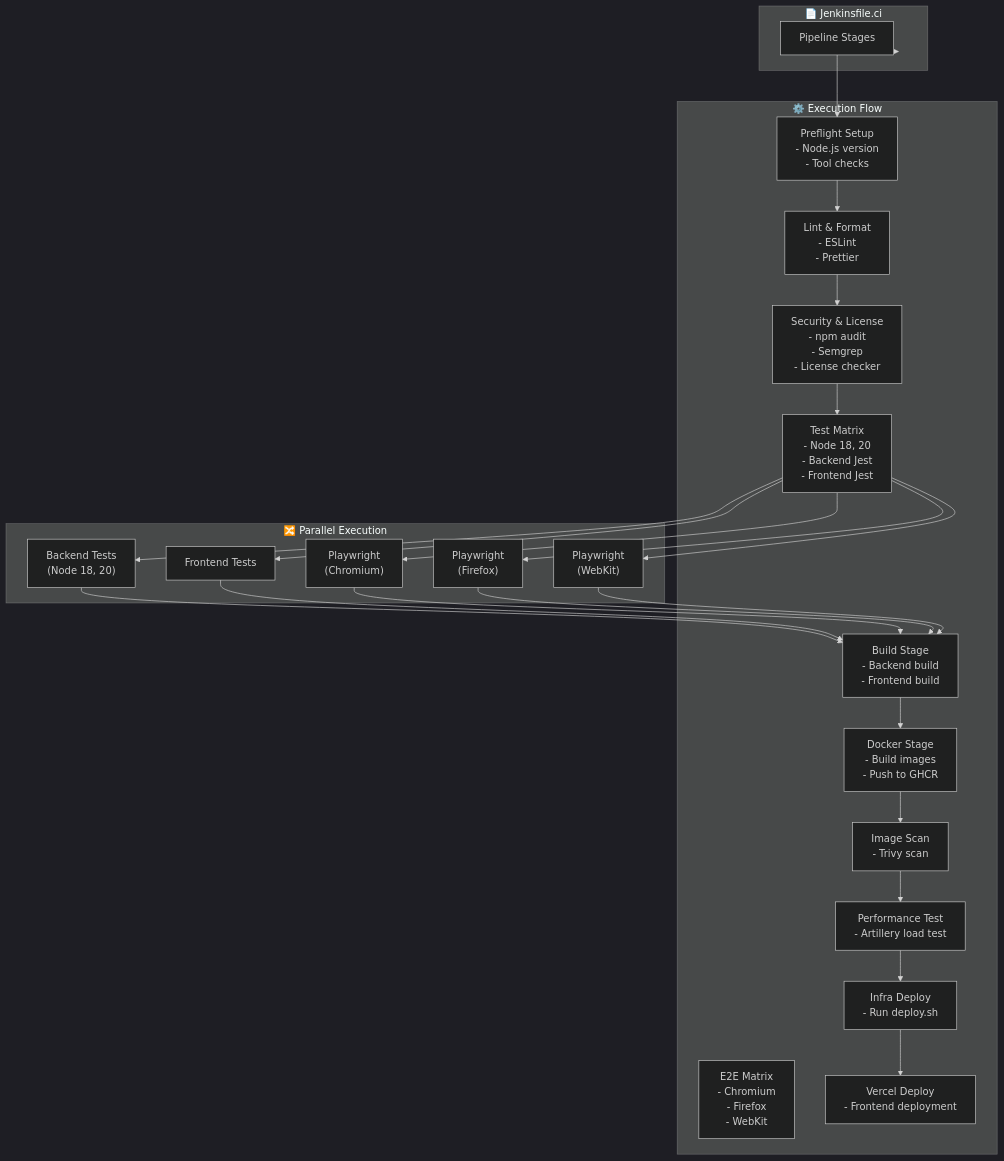
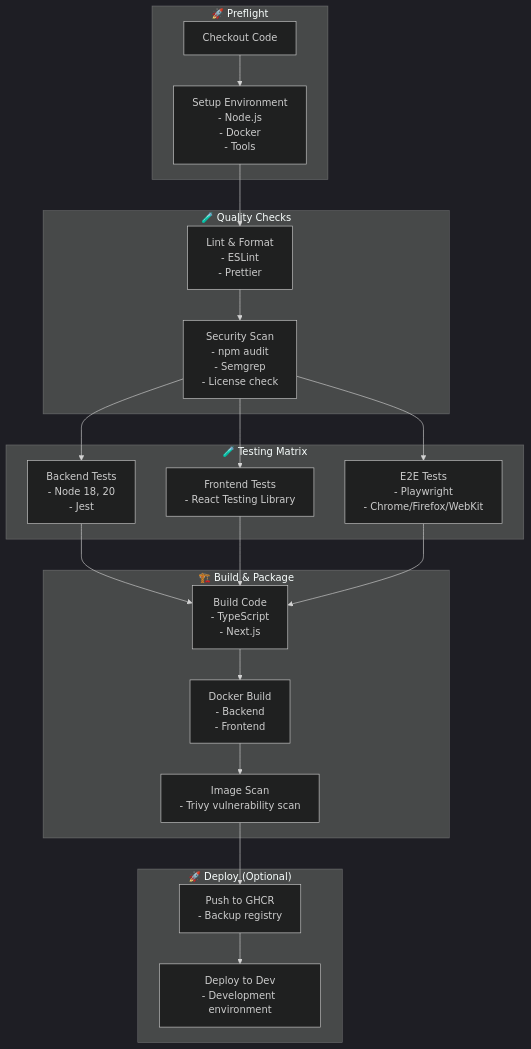
Diagram 30 of 34 in ARCHITECTURE.md (hoangsonww/PetSwipe-Match-App), drawn with Mermaid (dark theme) before and after one commit. The commit also changed other lines of this file and 25 other files, not shown here.

````diff
--- a/ARCHITECTURE.md
+++ b/ARCHITECTURE.md
@@ -1298,52 +1657,45 @@
 ```mermaid
 flowchart TB
-    subgraph Jenkinsfile["📄 Jenkinsfile.ci"]
-        Stages["Pipeline Stages"]
+    subgraph Preflight["🚀 Preflight"]
+        Checkout["Checkout Code"]
+        Setup["Setup Environment<br/>- Node.js<br/>- Docker<br/>- Tools"]
     end
 
-    subgraph Execution["⚙️ Execution Flow"]
-        Preflight["Preflight Setup<br/>- Node.js version<br/>- Tool checks"]
-        LintFormat["Lint & Format<br/>- ESLint<br/>- Prettier"]
-        Security["Security & License<br/>- npm audit<br/>- Semgrep<br/>- License checker"]
-        TestMatrix["Test Matrix<br/>- Node 18, 20<br/>- Backend Jest<br/>- Frontend Jest"]
-        E2EMatrix["E2E Matrix<br/>- Chromium<br/>- Firefox<br/>- WebKit"]
-        BuildStage["Build Stage<br/>- Backend build<br/>- Frontend build"]
-        DockerStage["Docker Stage<br/>- Build images<br/>- Push to GHCR"]
-        ImageScan["Image Scan<br/>- Trivy scan"]
-        PerfTest["Performance Test<br/>- Artillery load test"]
-        InfraDeploy["Infra Deploy<br/>- Run deploy.sh"]
-        VercelDeploy["Vercel Deploy<br/>- Frontend deployment"]
+    subgraph Quality["🧪 Quality Checks"]
+        Lint["Lint & Format<br/>- ESLint<br/>- Prettier"]
+        Security["Security Scan<br/>- npm audit<br/>- Semgrep<br/>- License check"]
     end
 
-    subgraph Parallel["🔀 Parallel Execution"]
-        BackendTest["Backend Tests<br/>(Node 18, 20)"]
-        FrontendTest["Frontend Tests"]
-        E2EChrome["Playwright<br/>(Chromium)"]
-        E2EFirefox["Playwright<br/>(Firefox)"]
-        E2EWebKit["Playwright<br/>(WebKit)"]
+    subgraph Testing["🧪 Testing Matrix"]
+        BackendTest["Backend Tests<br/>- Node 18, 20<br/>- Jest"]
+        FrontendTest["Frontend Tests<br/>- React Testing Library"]
+        E2ETest["E2E Tests<br/>- Playwright<br/>- Chrome/Firefox/WebKit"]
     end
 
-    Jenkinsfile --> Stages
-    Stages --> Preflight
-    Preflight --> LintFormat
-    LintFormat --> Security
-    Security --> TestMatrix
+    subgraph Build["🏗️ Build & Package"]
+        BuildCode["Build Code<br/>- TypeScript<br/>- Next.js"]
+        DockerBuild["Docker Build<br/>- Backend<br/>- Frontend"]
+        ImageScan["Image Scan<br/>- Trivy vulnerability scan"]
+    end
 
-    TestMatrix --> BackendTest
-    TestMatrix --> FrontendTest
-    TestMatrix --> E2EChrome
-    TestMatrix --> E2EFirefox
-    TestMatrix --> E2EWebKit
+    subgraph Deploy["🚀 Deploy (Optional)"]
+        PushGHCR["Push to GHCR<br/>- Backup registry"]
+        DeployDev["Deploy to Dev<br/>- Development environment"]
+    end
 
-    BackendTest --> BuildStage
-    FrontendTest --> BuildStage
-    E2EChrome --> BuildStage
-    E2EFirefox --> BuildStage
-    E2EWebKit --> BuildStage
+    Checkout --> Setup
+    Setup --> Lint
+    Lint --> Security
+    Security --> BackendTest
+    Security --> FrontendTest
+    Security --> E2ETest
 
-    BuildStage --> DockerStage
-    DockerStage --> ImageScan
-    ImageScan --> PerfTest
-    PerfTest --> InfraDeploy
-    InfraDeploy --> VercelDeploy
+    BackendTest --> BuildCode
+    FrontendTest --> BuildCode
+    E2ETest --> BuildCode
+
+    BuildCode --> DockerBuild
+    DockerBuild --> ImageScan
+    ImageScan --> PushGHCR
+    PushGHCR --> DeployDev
 ```
````
